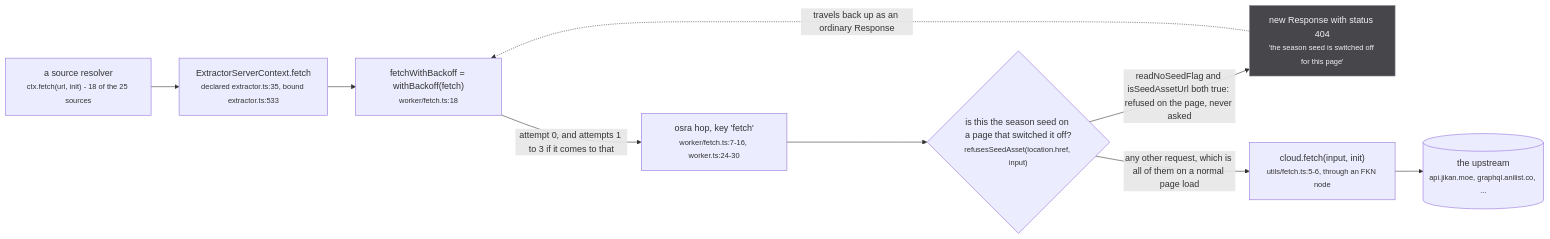
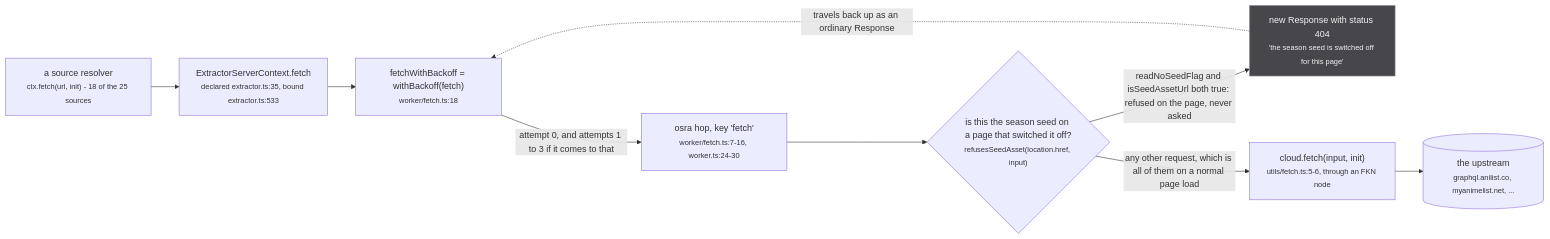
The first of 4 diagrams in docs/src/content/docs/request/fetch-and-backoff.md (banou26/stub), drawn with Mermaid before and after one commit. The commit also changed other lines of this file and 27 other files, not shown here.

````diff
--- a/docs/src/content/docs/request/fetch-and-backoff.md
+++ b/docs/src/content/docs/request/fetch-and-backoff.md
@@ -26,26 +26,26 @@
 ```mermaid
 flowchart LR
   SRC["a source resolver<br/><small>ctx.fetch(url, init) - 18 of the 25 sources</small>"]
   CTX["ExtractorServerContext.fetch<br/><small>declared extractor.ts:35, bound extractor.ts:533</small>"]
   WB["fetchWithBackoff = withBackoff(fetch)<br/><small>worker/fetch.ts:18</small>"]
   OSRA["osra hop, key 'fetch'<br/><small>worker/fetch.ts:7-16, worker.ts:24-30</small>"]
   GATE{"is this the season seed on a page that switched it off?<br/><small>refusesSeedAsset(location.href, input)</small>"}
   R404["new Response with status 404<br/><small>'the season seed is switched off for this page'</small>"]
   CLOUD["cloud.fetch(input, init)<br/><small>utils/fetch.ts:5-6, through an FKN node</small>"]
-  NET[("the upstream<br/><small>api.jikan.moe, graphql.anilist.co, ...</small>")]
+  NET[("the upstream<br/><small>graphql.anilist.co, myanimelist.net, ...</small>")]
 
   SRC --> CTX
   CTX --> WB
   WB -->|"attempt 0, and attempts 1 to 3 if it comes to that"| OSRA
   OSRA --> GATE
   GATE -->|"readNoSeedFlag and isSeedAssetUrl both true: refused on the page, never asked"| R404
   GATE -->|"any other request, which is all of them on a normal page load"| CLOUD
   CLOUD --> NET
   R404 -.travels back up as an ordinary Response.-> WB
 
   classDef irrev fill:#b03f33,stroke:#e0796f,color:#ffffff
   classDef ratchet fill:#8f5a0e,stroke:#f2b45c,color:#ffffff
   classDef view fill:#4572b5,stroke:#8db0de,color:#ffffff
   classDef refuse fill:#46464b,stroke:#8b8c93,color:#f2f2f4
   class R404 refuse
 ```
````
